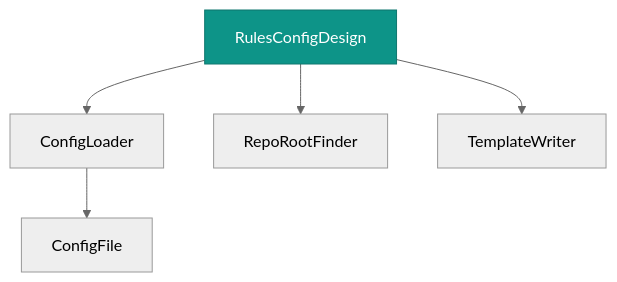
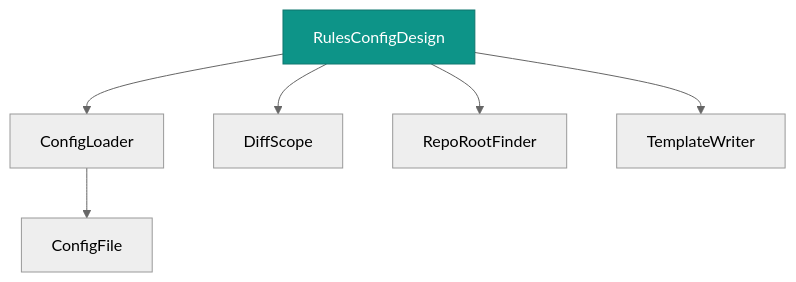
Before and after one commit to deanhiller/webpieces-ts: the diagram in packages/tooling/rules-config/design.md, drawn with Mermaid (neutral theme). The commit also changed 5 other files, not shown here.

First line of the commit message:
rules-config cascade increment 3: diff-scope → injected DiffScope service (#371)

````diff
--- a/packages/tooling/rules-config/design.md
+++ b/packages/tooling/rules-config/design.md
@@ -13,19 +13,21 @@
 ```mermaid
 graph TD
     ConfigFile["ConfigFile"]
     ConfigLoader["ConfigLoader"]
+    DiffScope["DiffScope"]
     RepoRootFinder["RepoRootFinder"]
     RulesConfigDesign["RulesConfigDesign"]:::apiImpl
     TemplateWriter["TemplateWriter"]
     ConfigLoader --> ConfigFile
     RulesConfigDesign --> ConfigLoader
+    RulesConfigDesign --> DiffScope
     RulesConfigDesign --> RepoRootFinder
     RulesConfigDesign --> TemplateWriter
     classDef controller fill:#1f6feb,color:#ffffff,stroke:#0d419d
     classDef apiImpl fill:#0d9488,color:#ffffff,stroke:#0f766e
     classDef component fill:#2da44e,color:#ffffff,stroke:#1a7f37
     classDef unresolved fill:#f0ad4e,color:#000000,stroke:#b8860b,stroke-dasharray: 5 5
     classDef external fill:#b39ddb,color:#000000,stroke:#5e35b1,stroke-width:3px
     classDef api fill:#4fc3f7,color:#000000,stroke:#0277bd,stroke-width:3px
     classDef many fill:#eceff1,color:#000000,stroke:#546e7a,stroke-width:2px,stroke-dasharray: 4 2
 ```
````
